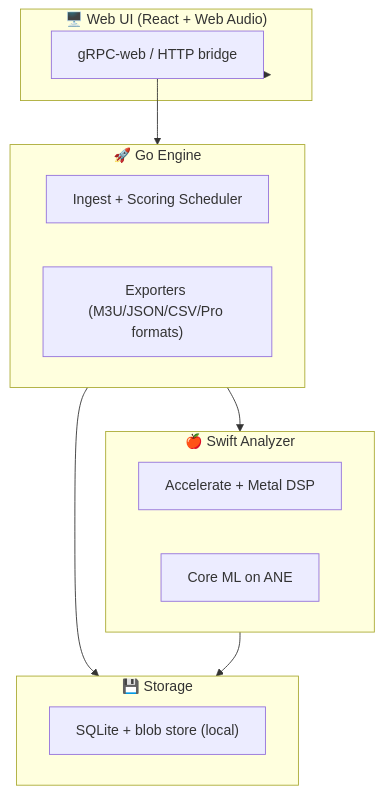
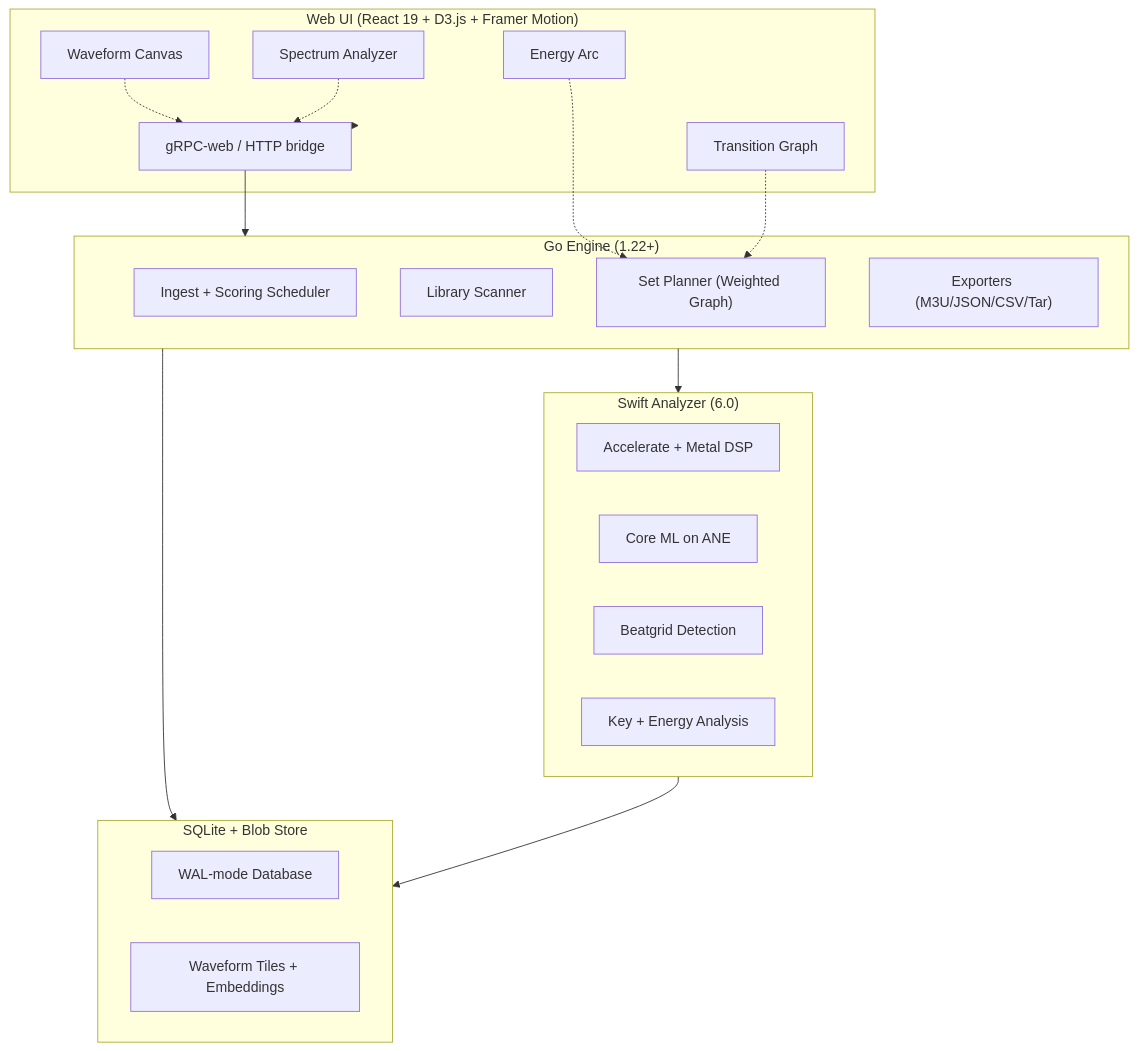
The diagram in README.md (ParkWardRR/cartomix-Web-Based-DJ-Copilot), drawn with Mermaid before and after one commit. The commit also changed other lines of this file and 11 other files, not shown here.

````diff
--- a/README.md
+++ b/README.md
@@ -89,25 +148,39 @@
 ```mermaid
 flowchart TB
-    subgraph UI["🖥️ Web UI (React + Web Audio)"]
+    subgraph UI["Web UI (React 19 + D3.js + Framer Motion)"]
+      WF["Waveform Canvas"]
+      SP["Spectrum Analyzer"]
+      EA["Energy Arc"]
+      TG["Transition Graph"]
       API["gRPC-web / HTTP bridge"]
     end
 
-    subgraph ENGINE["🚀 Go Engine"]
+    subgraph ENGINE["Go Engine (1.22+)"]
       SCHED["Ingest + Scoring Scheduler"]
-      EXPORT["Exporters (M3U/JSON/CSV/Pro formats)"]
+      SCAN["Library Scanner"]
+      PLAN["Set Planner (Weighted Graph)"]
+      EXPORT["Exporters (M3U/JSON/CSV/Tar)"]
     end
 
-    subgraph ANALYZER["🍎 Swift Analyzer"]
+    subgraph ANALYZER["Swift Analyzer (6.0)"]
       DSP["Accelerate + Metal DSP"]
       ML["Core ML on ANE"]
+      BEAT["Beatgrid Detection"]
+      KEY["Key + Energy Analysis"]
     end
 
-    subgraph DATA["💾 Storage"]
-      DB["SQLite + blob store (local)"]
+    subgraph DATA["SQLite + Blob Store"]
+      DB["WAL-mode Database"]
+      BLOBS["Waveform Tiles + Embeddings"]
     end
 
     UI --> API --> ENGINE
     ENGINE --> ANALYZER
     ENGINE --> DATA
     ANALYZER --> DATA
+
+    WF -.-> API
+    SP -.-> API
+    EA -.-> PLAN
+    TG -.-> PLAN
 ```
````
